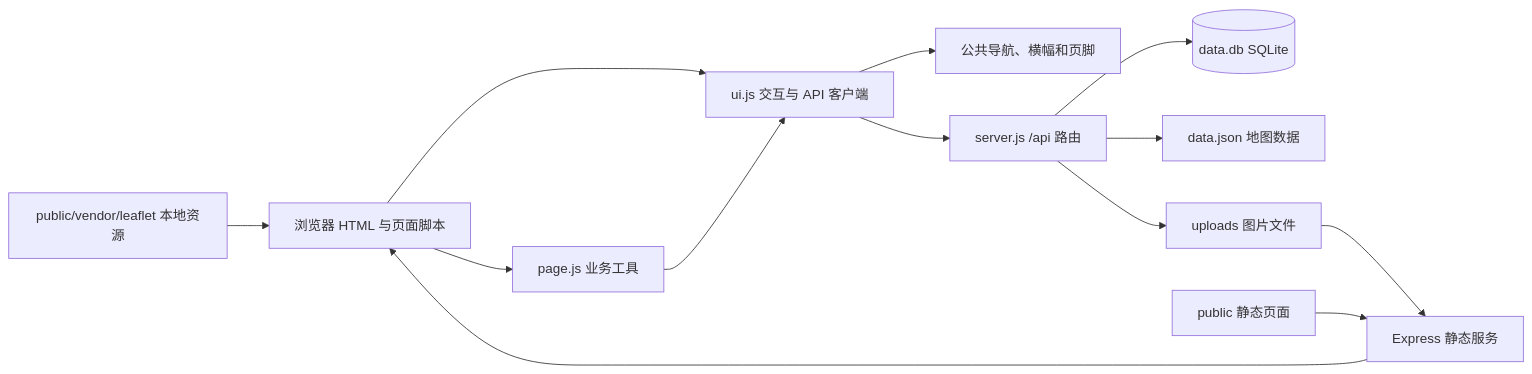
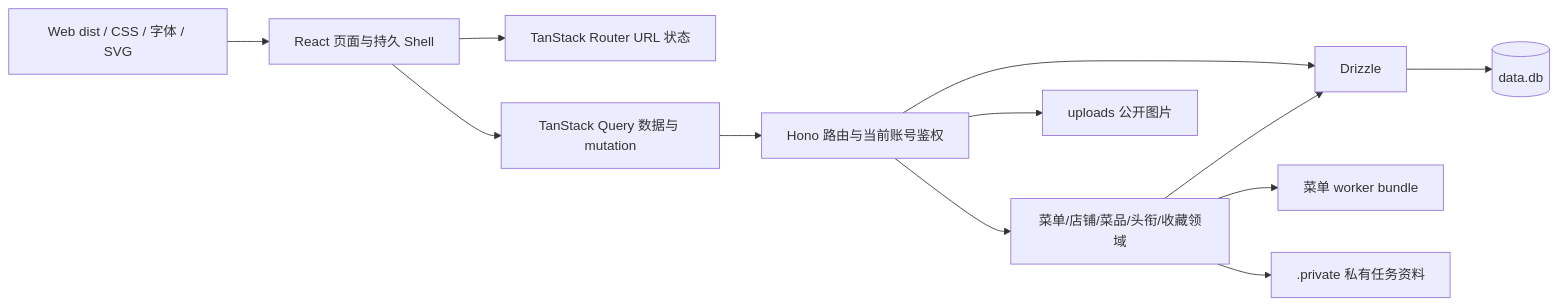
Before and after one commit to szzxai/sytime: the diagram in MAP.md, drawn with Mermaid. The commit also changed other lines of this file and 274 other files, not shown here.

First line of the commit message:
feat: 重构至 React/Hono/Drizzle Monorepo 并完善全屏导航与官网食谱自动化

````diff
--- a/MAP.md
+++ b/MAP.md
@@ -157,15 +61,14 @@
 ```mermaid
 flowchart LR
-    Browser[浏览器 HTML 与页面脚本] --> Shared[ui.js 交互与 API 客户端]
-    Browser --> Helpers[page.js 业务工具]
-    Helpers --> Shared
-    Shared --> Shell[公共导航、横幅和页脚]
-    Shared --> API[server.js /api 路由]
-    API --> DB[(data.db SQLite)]
-    API --> MapJSON[data.json 地图数据]
-    API --> Files[uploads 图片文件]
-    Static[Express 静态服务] --> Browser
-    Files --> Static
-    Public[public 静态页面] --> Static
-    Leaflet[public/vendor/leaflet 本地资源] --> Browser
+  Browser[React 页面与持久 Shell] --> Router[TanStack Router URL 状态]
+  Browser --> Query[TanStack Query 数据与 mutation]
+  Query --> Hono[Hono 路由与当前账号鉴权]
+  Hono --> Domains[菜单/店铺/菜品/头衔/收藏领域]
+  Hono --> DB[Drizzle]
+  Domains --> DB
+  DB --> SQLite[(data.db)]
+  Domains --> Worker[菜单 worker bundle]
+  Hono --> Uploads[uploads 公开图片]
+  Domains --> Private[.private 私有任务资料]
+  Vite[Web dist / CSS / 字体 / SVG] --> Browser
 ```
````
